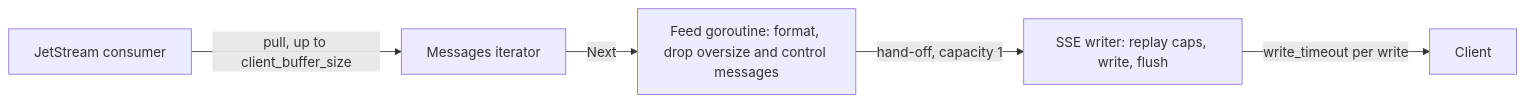
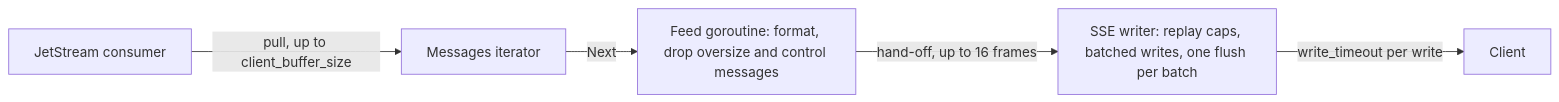
The second of 4 diagrams in docs/ARCHITECTURE.md (ideaconnect/nuts), drawn with Mermaid before and after one commit. The commit also changed other lines of this file and 12 other files, not shown here.

First line of the commit message:
Write queued frames in batches with one flush and one deadline each

````diff
--- a/docs/ARCHITECTURE.md
+++ b/docs/ARCHITECTURE.md
@@ -50,7 +50,7 @@
 ```mermaid
 flowchart LR
   js[JetStream consumer] -->|pull, up to client_buffer_size| it[Messages iterator]
   it -->|Next| feed[Feed goroutine: format, drop oversize and control messages]
-  feed -->|hand-off, capacity 1| writer[SSE writer: replay caps, write, flush]
+  feed -->|hand-off, up to 16 frames| writer[SSE writer: replay caps, batched writes, one flush per batch]
   writer -->|write_timeout per write| client[Client]
 ```
````
